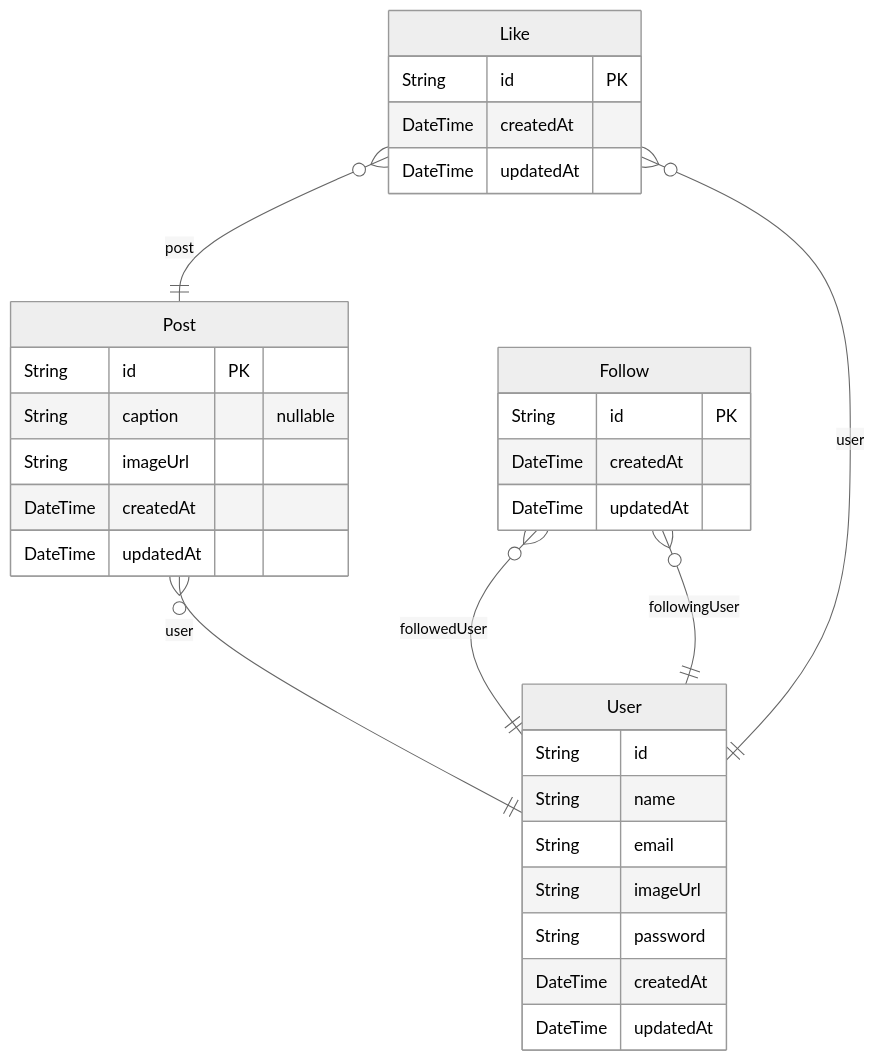
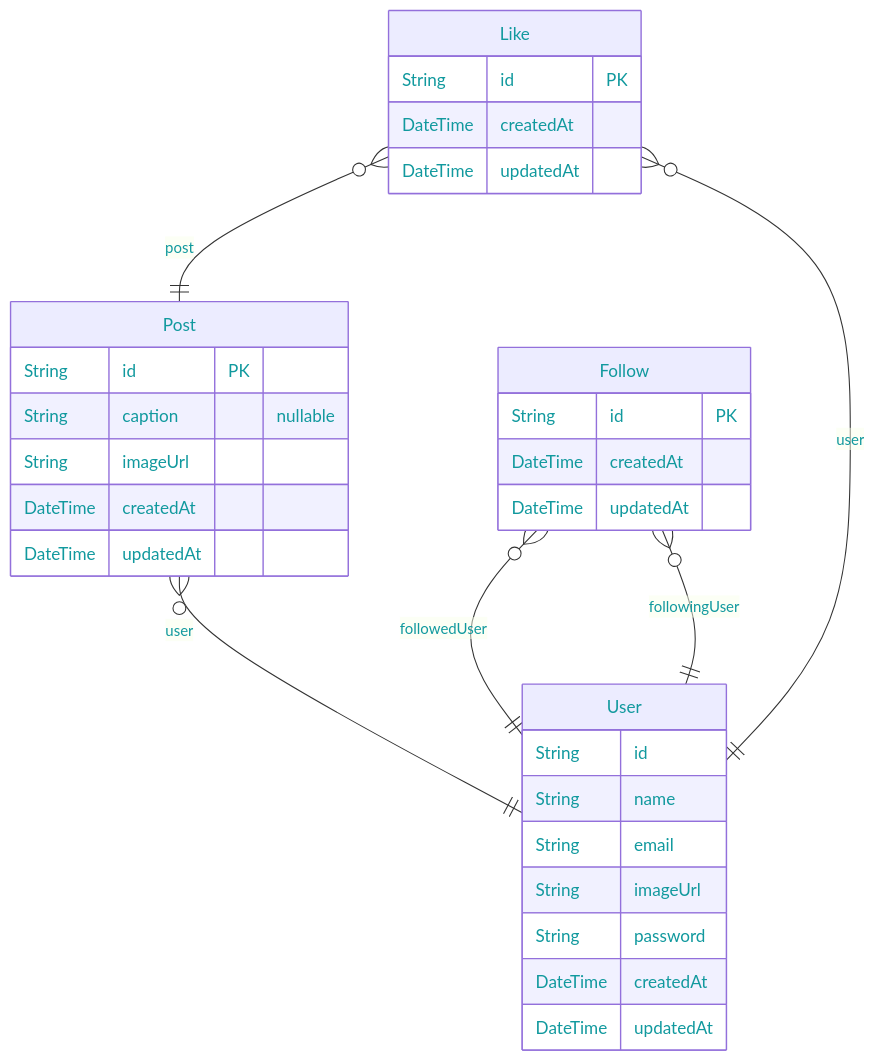
Before and after one commit to kentayamada-dev/instagram-clone: the diagram in README.md, drawn with Mermaid.

````diff
--- a/README.md
+++ b/README.md
@@ -73,43 +73,43 @@
 ```mermaid
-%%{init:{'theme':'neutral'}}%%
+%%{init: {'themeVariables': { 'textColor': '#11999E'}}}%%
 erDiagram
 
   User {
     String id  
     String name  
     String email  
     String imageUrl  
     String password  
     DateTime createdAt  
     DateTime updatedAt  
     }
   
 
   Post {
     String id PK 
     String caption  "nullable"
     String imageUrl  
     DateTime createdAt  
     DateTime updatedAt  
     }
   
 
   Follow {
     String id PK 
     DateTime createdAt  
     DateTime updatedAt  
     }
   
 
   Like {
     String id PK 
     DateTime createdAt  
     DateTime updatedAt  
     }
   
     Post o{--|| User : "user"
     Follow o{--|| User : "followedUser"
     Follow o{--|| User : "followingUser"
     Like o{--|| User : "user"
     Like o{--|| Post : "post"
 ```
````
